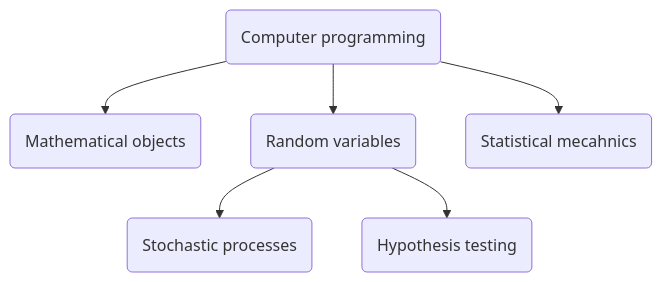
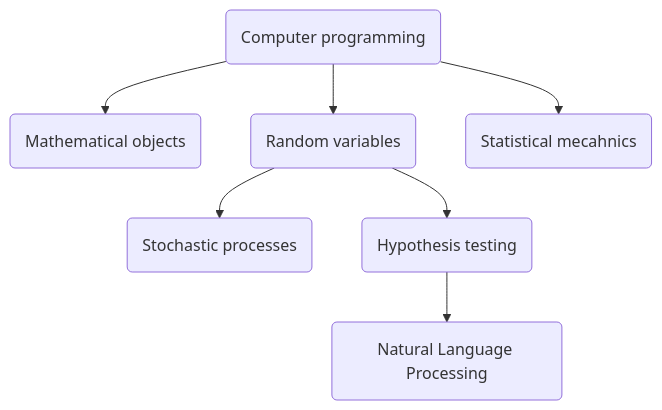
One commit to autofeedback-exercises/website changed the diagram in README.md. Above: the diagram before and after it, drawn with Mermaid.

````diff
--- a/README.md
+++ b/README.md
@@ -12,14 +12,16 @@
 ```mermaid
 flowchart TD
    cp(Computer programming) --> ob(Mathematical objects)
    cp --> prob(Random variables)
    prob --> stoch(Stochastic processes)
    cp --> statmech(Statistical mecahnics)
-   prob --> hypo(Hypothesis testing) 
+   prob --> hypo(Hypothesis testing)
+   hypo --> nlp(Natural Language Processing)
    click cp "Programming.html" "Material to remind you how to manipulate lists of numbers and plot graphs using python"
    click ob "Objects.html" "Exercises showing you how we can represent real-world phenomena using mathematical objects"
    click prob "Random_variables.html" "An introduction to using probability and the theory of random variables to describe phenomena"
    click stoch "Stochastic_processes.html" "Models for describing how systems evolve over time in a random manner"
    click statmech "https://www.plumed-tutorials.org/lessons/25/004/data/NAVIGATION.html" "Statistical mechanics is a topic in physics that allows us to use the understanding of atoms that emerges from quantum mechanics to develop theories that describe how large numbers of atoms will behave"
    click hypo "Hypothesis.html" "Material on how we can use hypothesis testing to test if a proposition is true or false"
+   click nlp "Language.md" "Material on processing written language using mathematics"
 ```
````
